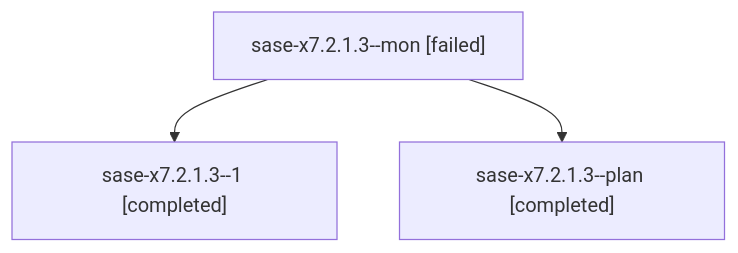
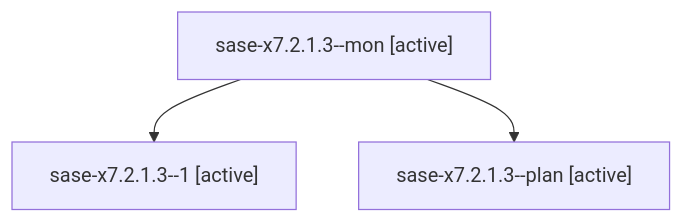
The diagram in families/bbugyi200.athena.sase-x7.2.1.3.md (sase-org/sase--agents), drawn with Mermaid before and after one commit. The commit also changed other lines of this file and 35830 other files, not shown here.

````diff
--- a/families/bbugyi200.athena.sase-x7.2.1.3.md
+++ b/families/bbugyi200.athena.sase-x7.2.1.3.md
@@ -9,8 +9,8 @@
 ```mermaid
 flowchart TD
-  n0["sase-x7.2.1.3--mon [failed]"]
-  n1["sase-x7.2.1.3--1 [completed]"]
+  n0["sase-x7.2.1.3--mon [active]"]
+  n1["sase-x7.2.1.3--1 [active]"]
   n0 --> n1
-  n2["sase-x7.2.1.3--plan [completed]"]
+  n2["sase-x7.2.1.3--plan [active]"]
   n0 --> n2
 ```
````
